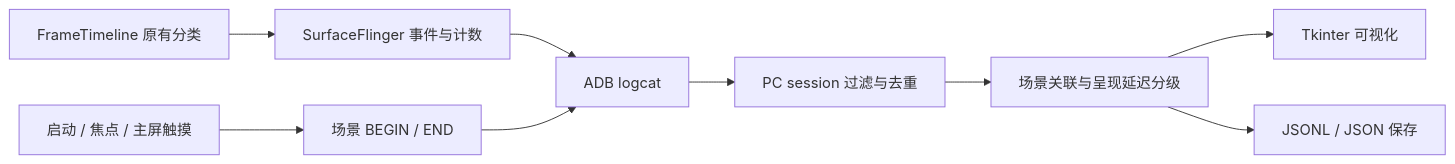
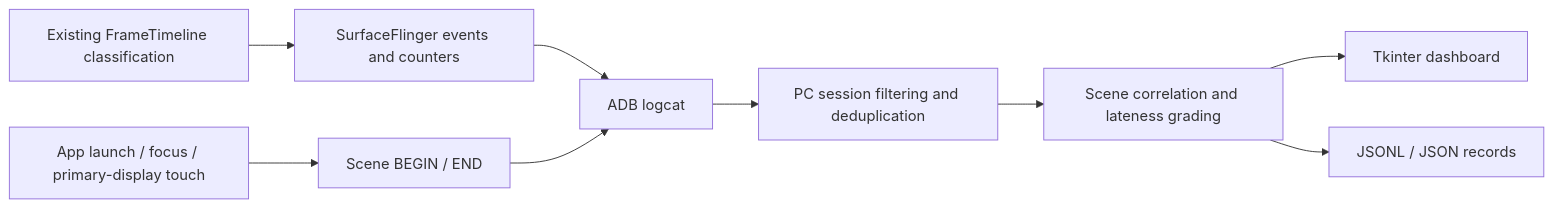
The diagram in README.md (Kimberley-Inti/Android16-jank), drawn with Mermaid before and after one commit. The commit also changed other lines of this file, not shown here.

````diff
--- a/README.md
+++ b/README.md
@@ -82,11 +82,11 @@
 ```mermaid
 flowchart LR
-    A[FrameTimeline 原有分类] --> B[SurfaceFlinger 事件与计数]
-    C[启动 / 焦点 / 主屏触摸] --> D[场景 BEGIN / END]
+    A[Existing FrameTimeline classification] --> B[SurfaceFlinger events and counters]
+    C[App launch / focus / primary-display touch] --> D[Scene BEGIN / END]
     B --> E[ADB logcat]
     D --> E
-    E --> F[PC session 过滤与去重]
-    F --> G[场景关联与呈现延迟分级]
-    G --> H[Tkinter 可视化]
-    G --> I[JSONL / JSON 保存]
+    E --> F[PC session filtering and deduplication]
+    F --> G[Scene correlation and lateness grading]
+    G --> H[Tkinter dashboard]
+    G --> I[JSONL / JSON records]
 ```
````
